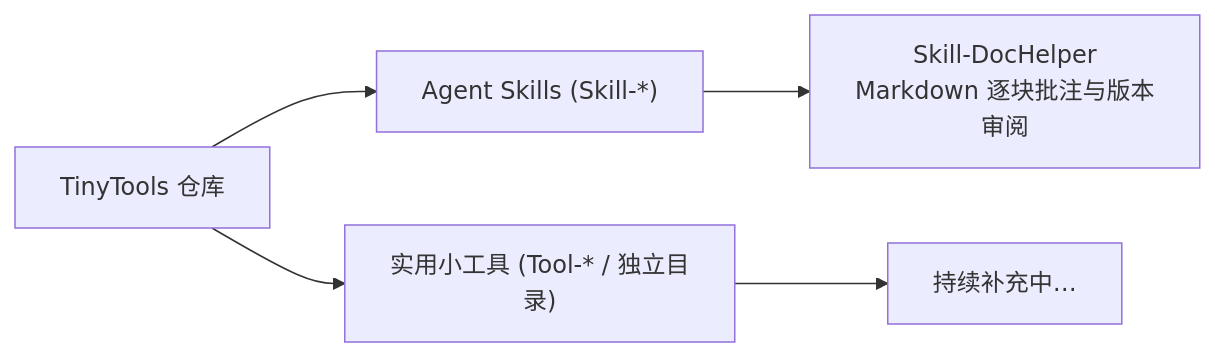
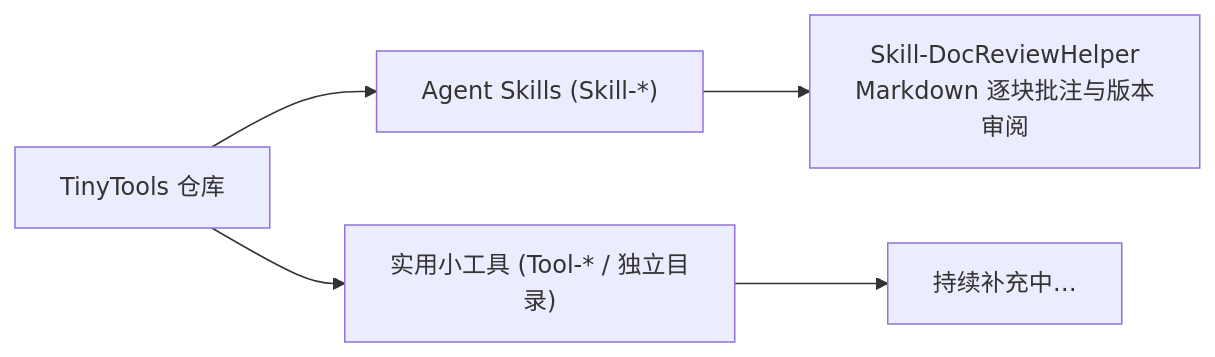
One commit to ChongKaKam/TinyTools changed the diagram in README.md. Above: the diagram before and after it, drawn with Mermaid. The commit also changed other lines of this file and 29 other files, not shown here.

Commit message:
Rename DocHelper skill to DocReviewHelper

````diff
--- a/README.md
+++ b/README.md
@@ -17,8 +17,8 @@
 ```mermaid
 flowchart LR
     Root["TinyTools 仓库"]
     Root --> Skills["Agent Skills (Skill-*)"]
     Root --> Tools["实用小工具 (Tool-* / 独立目录)"]
-    Skills --> DocHelper["Skill-DocHelper\nMarkdown 逐块批注与版本审阅"]
+    Skills --> DocReviewHelper["Skill-DocReviewHelper\nMarkdown 逐块批注与版本审阅"]
     Tools --> Planned["持续补充中…"]
 ```
````
